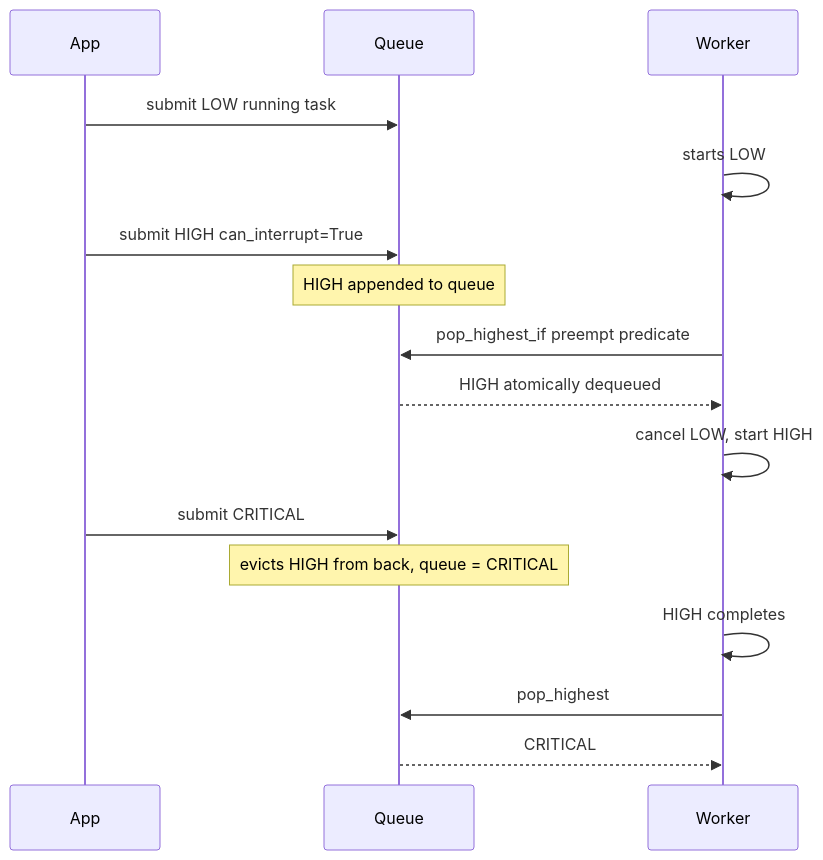
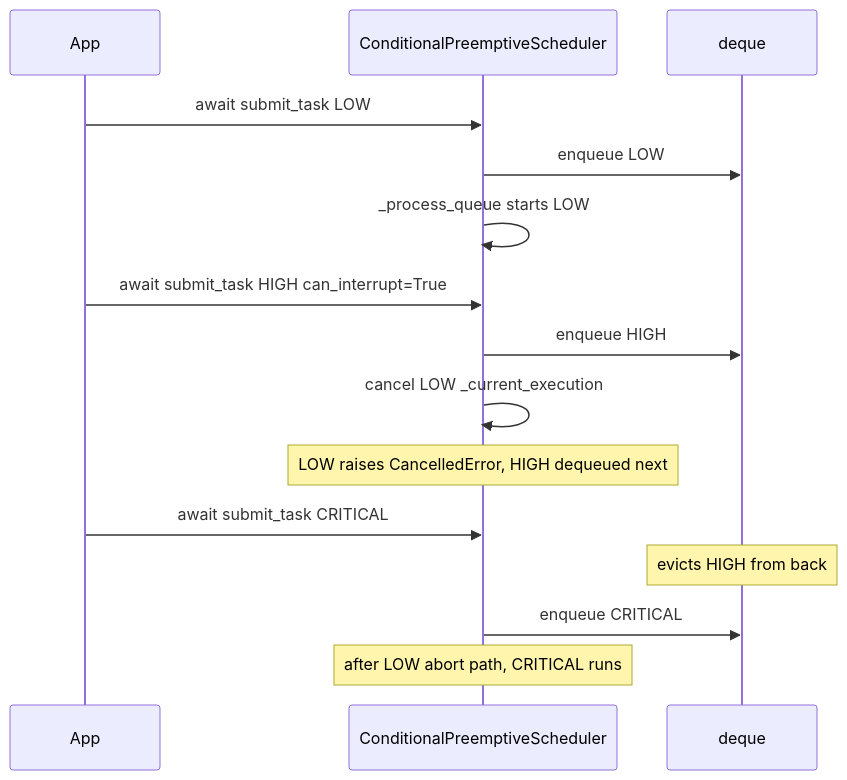
The seventh of 8 diagrams in .cursor/plans/system_architecture_workflow_b2d79ca7.plan.md (scoville/test_filter_queue), drawn with Mermaid before and after one commit. The commit also changed other lines of this file and 1 other file, not shown here.

Commit message:
update system architecture

````diff
--- a/.cursor/plans/system_architecture_workflow_b2d79ca7.plan.md
+++ b/.cursor/plans/system_architecture_workflow_b2d79ca7.plan.md
@@ -203,19 +211,21 @@
 ```mermaid
 sequenceDiagram
     participant App
-    participant Queue
-    participant Worker
+    participant Scheduler as ConditionalPreemptiveScheduler
+    participant Queue as deque
 
-    App->>Queue: submit LOW running task
-    Worker->>Worker: starts LOW
-    App->>Queue: submit HIGH can_interrupt=True
-    Note over Queue: HIGH appended to queue
-    Worker->>Queue: pop_highest_if preempt predicate
-    Queue-->>Worker: HIGH atomically dequeued
-    Worker->>Worker: cancel LOW, start HIGH
-    App->>Queue: submit CRITICAL
-    Note over Queue: evicts HIGH from back, queue = CRITICAL
-    Worker->>Worker: HIGH completes
-    Worker->>Queue: pop_highest
-    Queue-->>Worker: CRITICAL
+    App->>Scheduler: await submit_task LOW
+    Scheduler->>Queue: enqueue LOW
+    Scheduler->>Scheduler: _process_queue starts LOW
+
+    App->>Scheduler: await submit_task HIGH can_interrupt=True
+    Scheduler->>Queue: enqueue HIGH
+    Scheduler->>Scheduler: cancel LOW _current_execution
+    Note over Scheduler: LOW raises CancelledError, HIGH dequeued next
+
+    App->>Scheduler: await submit_task CRITICAL
+    Note over Queue: evicts HIGH from back
+    Scheduler->>Queue: enqueue CRITICAL
+
+    Note over Scheduler: after LOW abort path, CRITICAL runs
 ```
````
